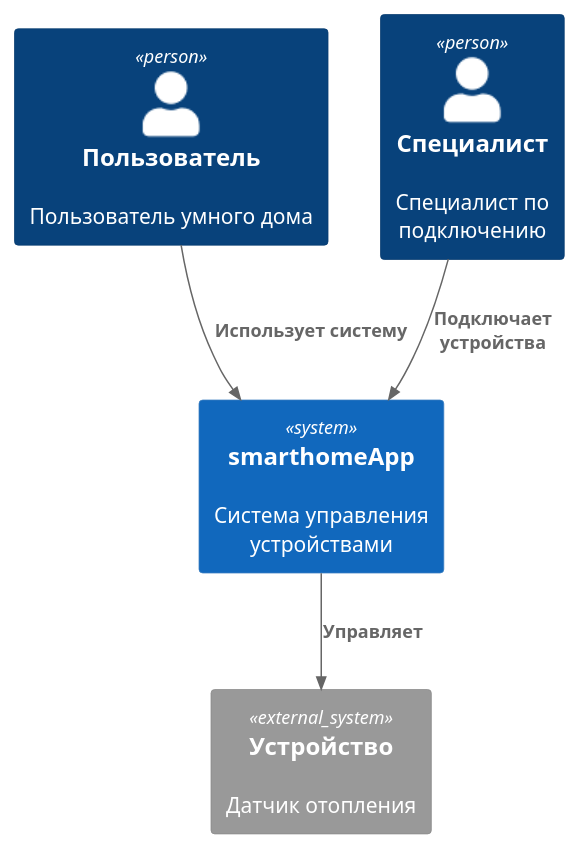
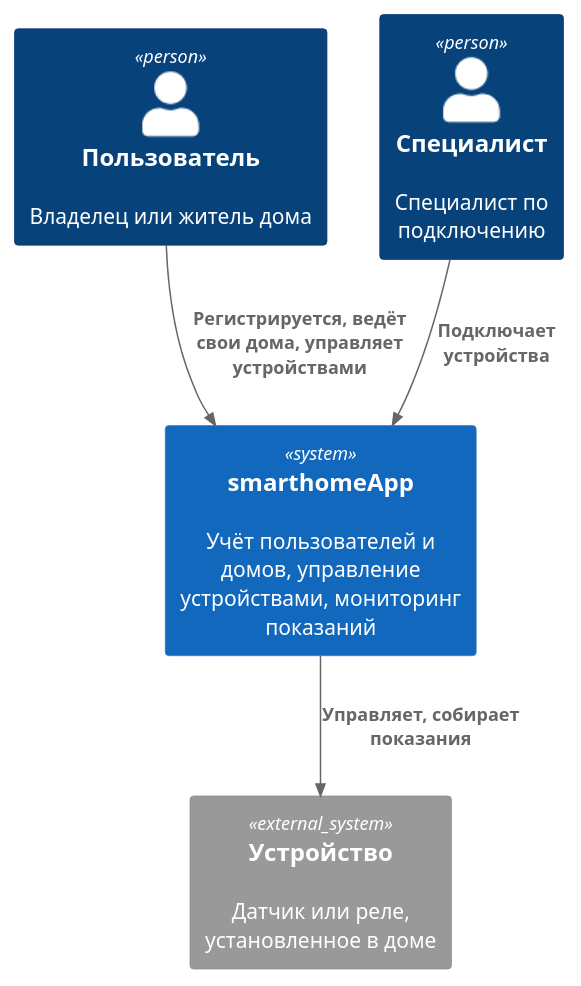
One commit to killtoyz/yandex-practicum-1-sprint changed the diagram in apps/diagrams/context/cntx-view.puml. Above: the diagram before and after it, drawn with PlantUML. The commit also changed 3 other files, not shown here.

Commit message:
feat: добавлены-диаграммы

```diff
--- a/apps/diagrams/context/cntx-view.puml
+++ b/apps/diagrams/context/cntx-view.puml
@@ -1,17 +1,17 @@
 @startuml smarthome-app-cntx-view
 
 top to bottom direction
 
 !includeurl https://raw.githubusercontent.com/RicardoNiepel/C4-PlantUML/master/C4_Component.puml
 
-Person(user, "Пользователь", "Пользователь умного дома")
+Person(user, "Пользователь", "Владелец или житель дома")
 Person(spec, "Специалист", "Специалист по подключению")
-System(smarthomeApp, "smarthomeApp", "Система управления устройствами")
+System(smarthomeApp, "smarthomeApp", "Учёт пользователей и домов, управление устройствами, мониторинг показаний")
 
-System_Ext(device, "Устройство", "Датчик отопления")
+System_Ext(device, "Устройство", "Датчик или реле, установленное в доме")
 
-Rel(user, smarthomeApp, "Использует систему")
+Rel(user, smarthomeApp, "Регистрируется, ведёт свои дома, управляет устройствами")
 Rel(spec, smarthomeApp, "Подключает устройства")
-Rel(smarthomeApp, device, "Управляет")
+Rel(smarthomeApp, device, "Управляет, собирает показания")
 
 @enduml
```
